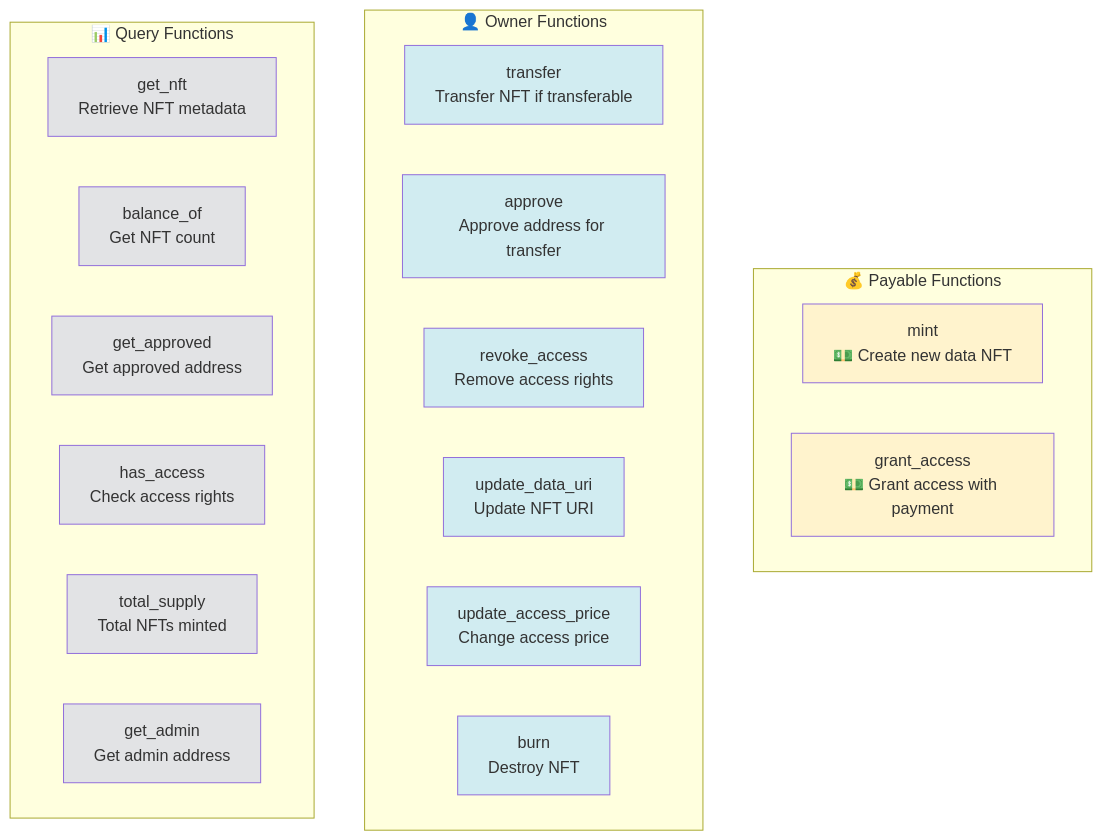
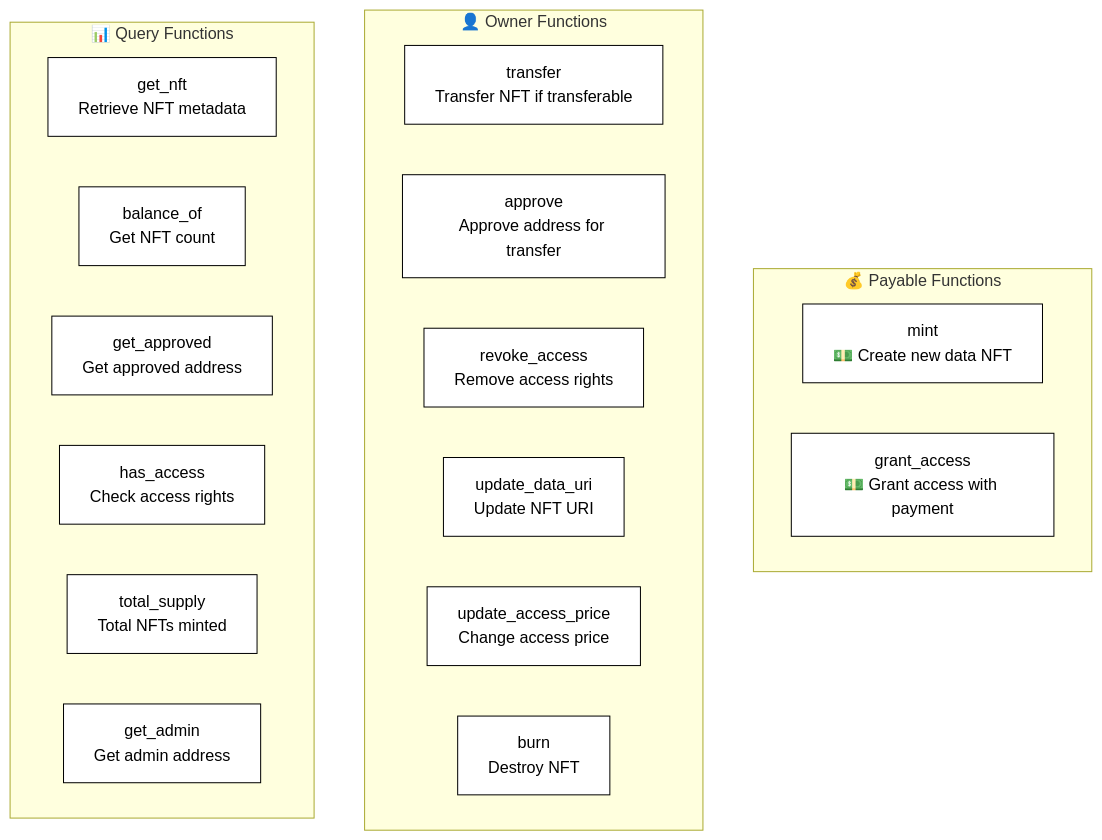
One commit to PolkaMesh/PolkaMesh-Contracts changed the second of 18 diagrams in data_nft_registry/README.md. Above: the diagram before and after it, drawn with Mermaid. The commit also changed other lines of this file and 4 other files, not shown here.

````diff
--- a/data_nft_registry/README.md
+++ b/data_nft_registry/README.md
@@ -23,40 +23,40 @@
 ```mermaid
 graph TB
     subgraph "💰 Payable Functions"
         A1[mint<br/>💵 Create new data NFT]
         A2[grant_access<br/>💵 Grant access with payment]
     end
 
     subgraph "👤 Owner Functions"
         B1[transfer<br/>Transfer NFT if transferable]
         B2[approve<br/>Approve address for transfer]
         B3[revoke_access<br/>Remove access rights]
         B4[update_data_uri<br/>Update NFT URI]
         B5[update_access_price<br/>Change access price]
         B6[burn<br/>Destroy NFT]
     end
 
     subgraph "📊 Query Functions"
         C1[get_nft<br/>Retrieve NFT metadata]
         C2[balance_of<br/>Get NFT count]
         C3[get_approved<br/>Get approved address]
         C4[has_access<br/>Check access rights]
         C5[total_supply<br/>Total NFTs minted]
         C6[get_admin<br/>Get admin address]
     end
 
-    style A1 fill:#fff3cd
-    style A2 fill:#fff3cd
-    style B1 fill:#d1ecf1
-    style B2 fill:#d1ecf1
-    style B3 fill:#d1ecf1
-    style B4 fill:#d1ecf1
-    style B5 fill:#d1ecf1
-    style B6 fill:#d1ecf1
-    style C1 fill:#e2e3e5
-    style C2 fill:#e2e3e5
-    style C3 fill:#e2e3e5
-    style C4 fill:#e2e3e5
-    style C5 fill:#e2e3e5
-    style C6 fill:#e2e3e5
+    style A1 fill:#ffffff,stroke:#000000,color:#000000
+    style A2 fill:#ffffff,stroke:#000000,color:#000000
+    style B1 fill:#ffffff,stroke:#000000,color:#000000
+    style B2 fill:#ffffff,stroke:#000000,color:#000000
+    style B3 fill:#ffffff,stroke:#000000,color:#000000
+    style B4 fill:#ffffff,stroke:#000000,color:#000000
+    style B5 fill:#ffffff,stroke:#000000,color:#000000
+    style B6 fill:#ffffff,stroke:#000000,color:#000000
+    style C1 fill:#ffffff,stroke:#000000,color:#000000
+    style C2 fill:#ffffff,stroke:#000000,color:#000000
+    style C3 fill:#ffffff,stroke:#000000,color:#000000
+    style C4 fill:#ffffff,stroke:#000000,color:#000000
+    style C5 fill:#ffffff,stroke:#000000,color:#000000
+    style C6 fill:#ffffff,stroke:#000000,color:#000000
 ```
````
